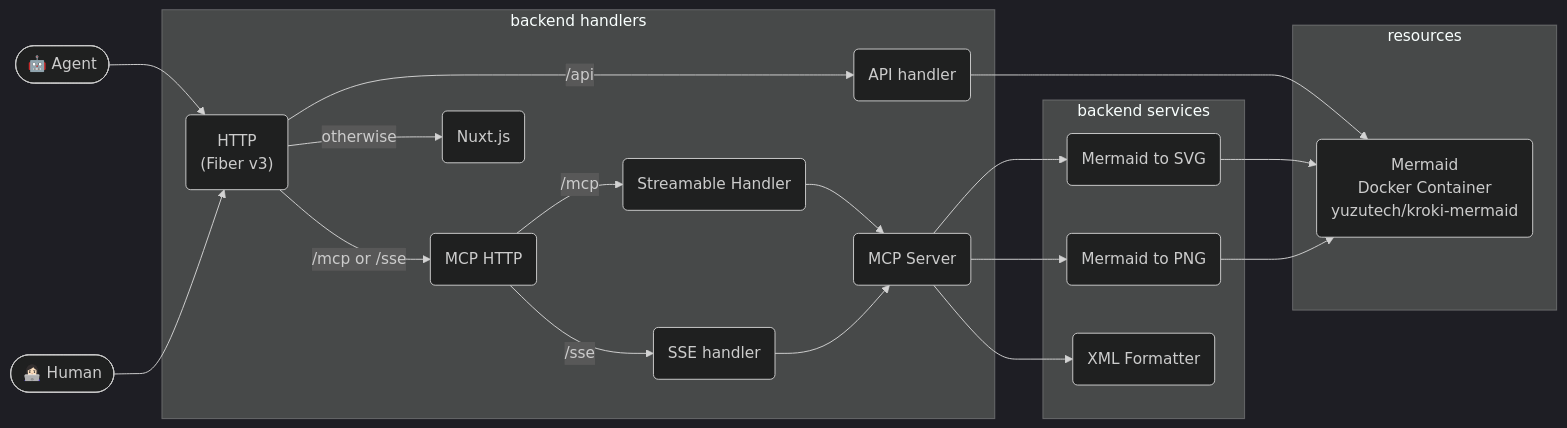
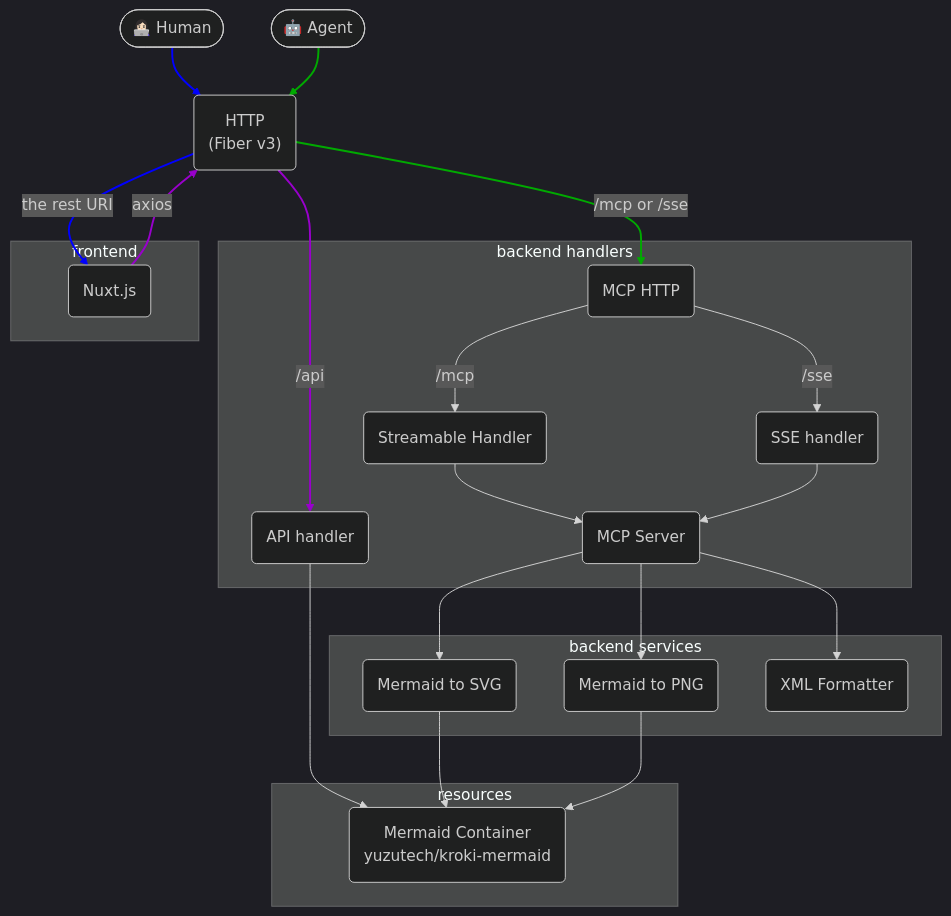
Before and after one commit to virus-warnning/agent_swings: the diagram in docs/SYS_ARCH.md, drawn with Mermaid (dark theme).

Commit message:
update arch

````diff
--- a/docs/SYS_ARCH.md
+++ b/docs/SYS_ARCH.md
@@ -1,37 +1,51 @@
 ```mermaid
-flowchart LR
-  A1([🤖 Agent])
-  A2([👩🏻‍💻 Human])
+flowchart TD
+  A1(["👩🏻‍💻 Human"])
+  A2(["🤖 Agent"])
 
-  subgraph backend handlers
-    B1("HTTP<br>(Fiber v3)")
+  B1("HTTP<br>(Fiber v3)")
+
+  subgraph backend handlers  
     B2("API handler")
     B3("MCP HTTP")
     B4("Streamable Handler")
     B5("SSE handler")
     B6("MCP Server")
-    B7("Nuxt.js")
   end
 
   subgraph backend services
     C1(Mermaid to SVG)
     C2(Mermaid to PNG)
     C3(XML Formatter)
   end
 
-  subgraph resources
-    D1(Mermaid<br>Docker Container<br>yuzutech/kroki-mermaid)
+  subgraph frontend
+    B7("Nuxt.js")
   end
 
+  subgraph resources
+    D1(Mermaid Container<br>yuzutech/kroki-mermaid)
+  end
+
+  %% human path
   A1 --> B1
+  B1 --> |the rest URI| B7
+  linkStyle 0,1 stroke:#0000ff,stroke-width:2px
+
+  %% agent path
   A2 --> B1
+  B1 --> |/mcp or /sse| B3
+  linkStyle 2,3 stroke:#00aa00,stroke-width:2px
+
+  %% api path
+  B7 --> |axios| B1
   B1 --> |/api| B2
-  B1 --> |/mcp or /sse| B3
-  B1 --> |otherwise| B7
+  linkStyle 4,5 stroke:#9900cc,stroke-width:2px
+
   B3 --> |/mcp| B4
   B3 --> |/sse| B5
   B4 & B5 --> B6
   B6 --> C1 & C2 & C3
   B2 --> D1
   C1 & C2 --> D1
 ```
````
